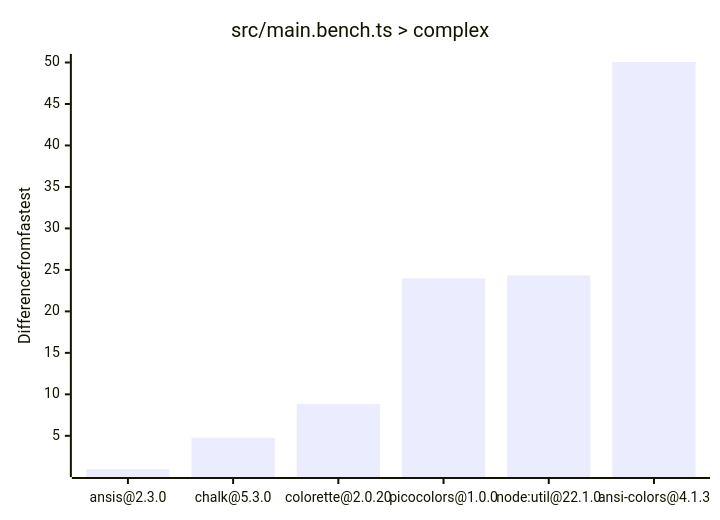
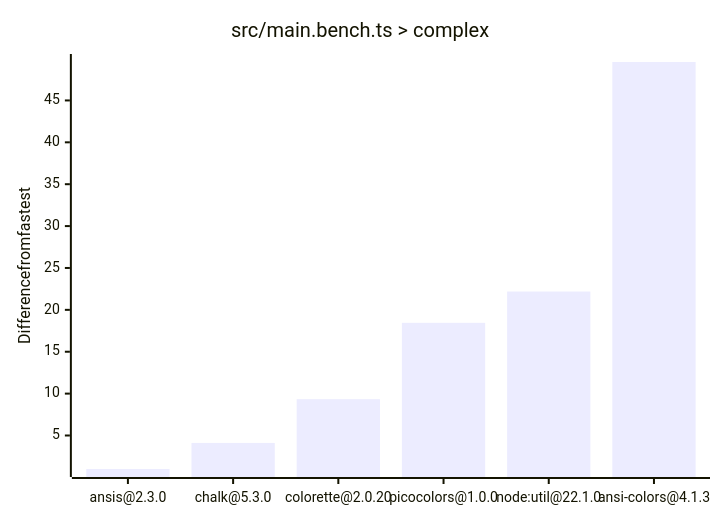
Before and after one commit to beeequeue/node-cli-colors-benchmark: the fourth of 4 diagrams in README.md, drawn with Mermaid. The commit also changed other lines of this file, not shown here.

Commit message:
Update graphs

````diff
--- a/README.md
+++ b/README.md
@@ -41,7 +41,7 @@
 ```mermaid
 xychart-beta
   title "src/main.bench.ts > complex"
   x-axis ["ansis@2.3.0", "chalk@5.3.0", "colorette@2.0.20", "picocolors@1.0.0", "node:util@22.1.0", "ansi-colors@4.1.3"]
   y-axis Difference from fastest
-  bar [1.0000, 4.7603, 8.8243, 23.9734, 24.3271, 50.0592]
+  bar [1.0000, 4.1101, 9.3336, 18.4526, 22.1868, 49.5891]
 ```
````
